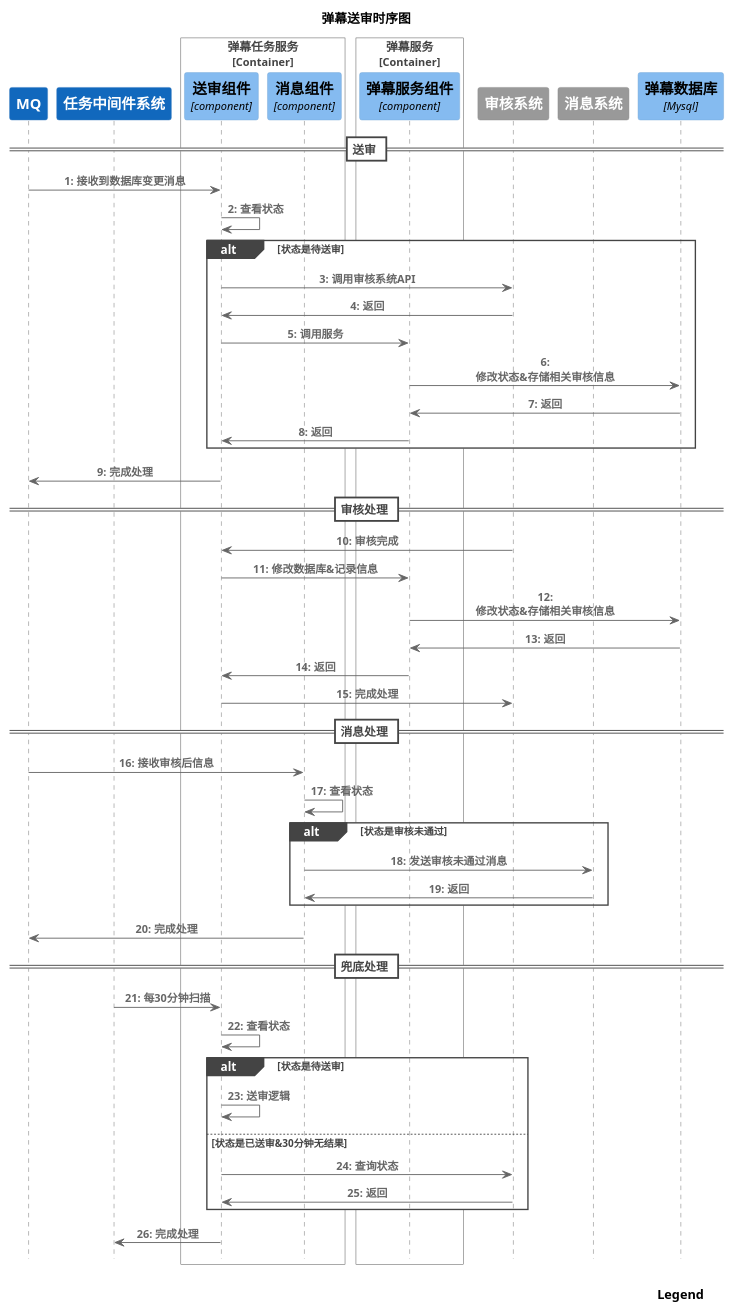
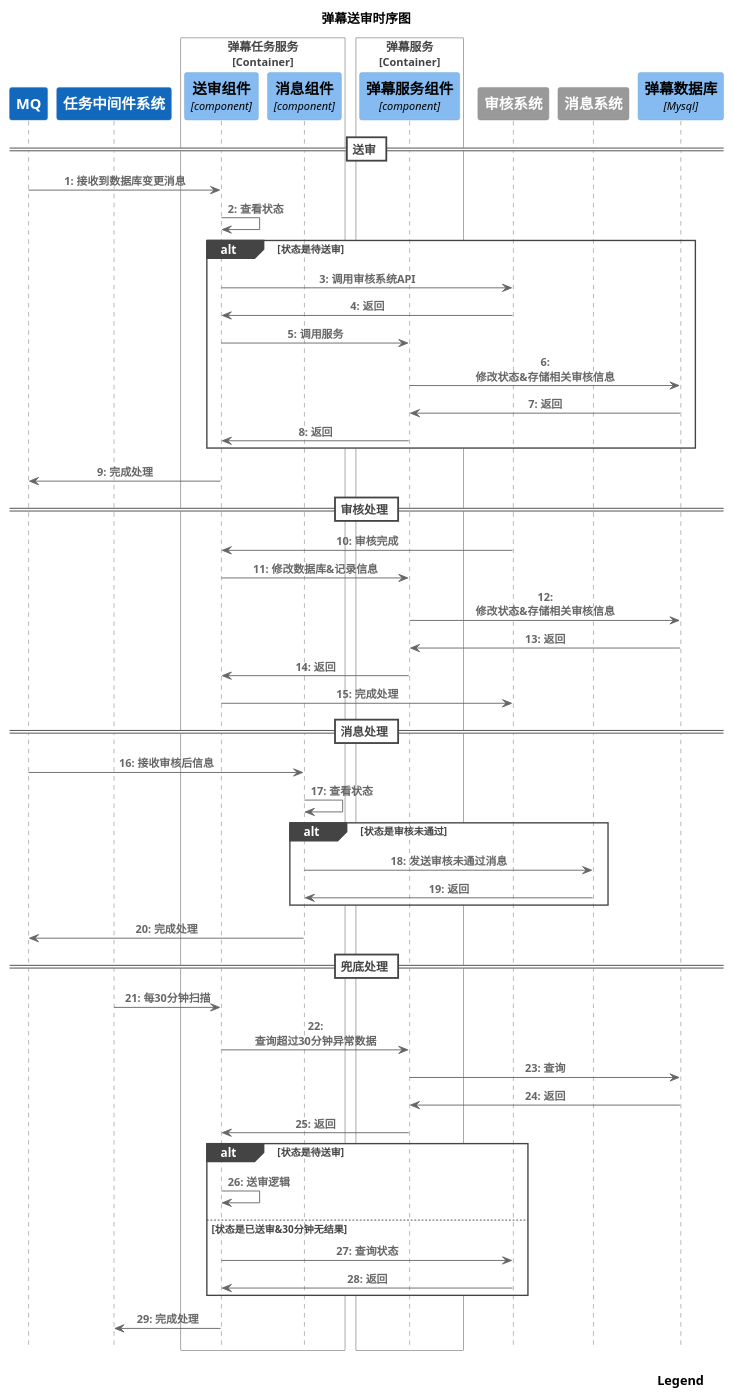
One commit to nxnnxn/community-doc changed the diagram in puml/interact/content/barrage/audit/auditseq.puml. Above: the diagram before and after it, drawn with PlantUML. The commit also changed 14 other files, not shown here.

```diff
--- a/puml/interact/content/barrage/audit/auditseq.puml
+++ b/puml/interact/content/barrage/audit/auditseq.puml
@@ -1,66 +1,69 @@
 @startuml
 !include <C4/C4_Sequence>
 SHOW_INDEX()
 SHOW_LEGEND()
 
 title 弹幕送审时序图
 System(rocketmq,"MQ")
 System(job,"任务中间件系统")
 Container_Boundary(barrageJobService, "弹幕任务服务")
     Component(auditComponent, "送审组件", "component", "弹幕送审")
     Component(messageComponent, "消息组件", "component", "消息组件")
 Boundary_End()
 
 Container_Boundary(barrageService, "弹幕服务")
     Component(barrageComponent, "弹幕服务组件", "component", "弹幕服务组件")
 Boundary_End()
 
 System_Ext(auditSystem,"审核系统")
 System_Ext(messageSystem,"消息系统")
 ComponentDb(db, "弹幕数据库", "Mysql")
 
 == 送审 ==
 Rel(rocketmq, auditComponent, "接收到数据库变更消息")
 Rel(auditComponent, auditComponent, "查看状态")
 alt 状态是待送审
  Rel(auditComponent, auditSystem, "调用审核系统API")
  Rel(auditSystem, auditComponent, "返回")
  Rel(auditComponent,barrageComponent , "调用服务")
  Rel(barrageComponent,db , "修改状态&存储相关审核信息")
  Rel(db,barrageComponent , "返回")
  Rel(barrageComponent,auditComponent , "返回")
 end
 Rel(auditComponent,rocketmq , "完成处理")
 
 == 审核处理 ==
 Rel(auditSystem, auditComponent, "审核完成")
 Rel(auditComponent, barrageComponent, "修改数据库&记录信息")
 Rel(barrageComponent,db , "修改状态&存储相关审核信息")
 Rel(db,barrageComponent , "返回")
 Rel(barrageComponent,auditComponent , "返回")
 Rel(auditComponent,auditSystem , "完成处理")
 
 
 == 消息处理 ==
 Rel(rocketmq, messageComponent, "接收审核后信息")
 Rel(messageComponent, messageComponent, "查看状态")
 alt 状态是审核未通过
  Rel(messageComponent, messageSystem, "发送审核未通过消息")
  Rel(messageSystem, messageComponent, "返回")
 end
 Rel(messageComponent,rocketmq , "完成处理")
 
 
 == 兜底处理 ==
 Rel(job, auditComponent, "每30分钟扫描")
-Rel(auditComponent, auditComponent, "查看状态")
+Rel(auditComponent, barrageComponent, "查询超过30分钟异常数据")
+Rel(barrageComponent, db, "查询")
+Rel(db, barrageComponent, "返回")
+Rel(barrageComponent, auditComponent, "返回")
 alt 状态是待送审
  Rel(auditComponent, auditComponent, "送审逻辑")
 else 状态是已送审&30分钟无结果
  Rel(auditComponent, auditSystem, "查询状态")
  Rel(auditSystem, auditComponent, "返回")
 end
 Rel(auditComponent,job , "完成处理")
 
 
 @enduml
```
